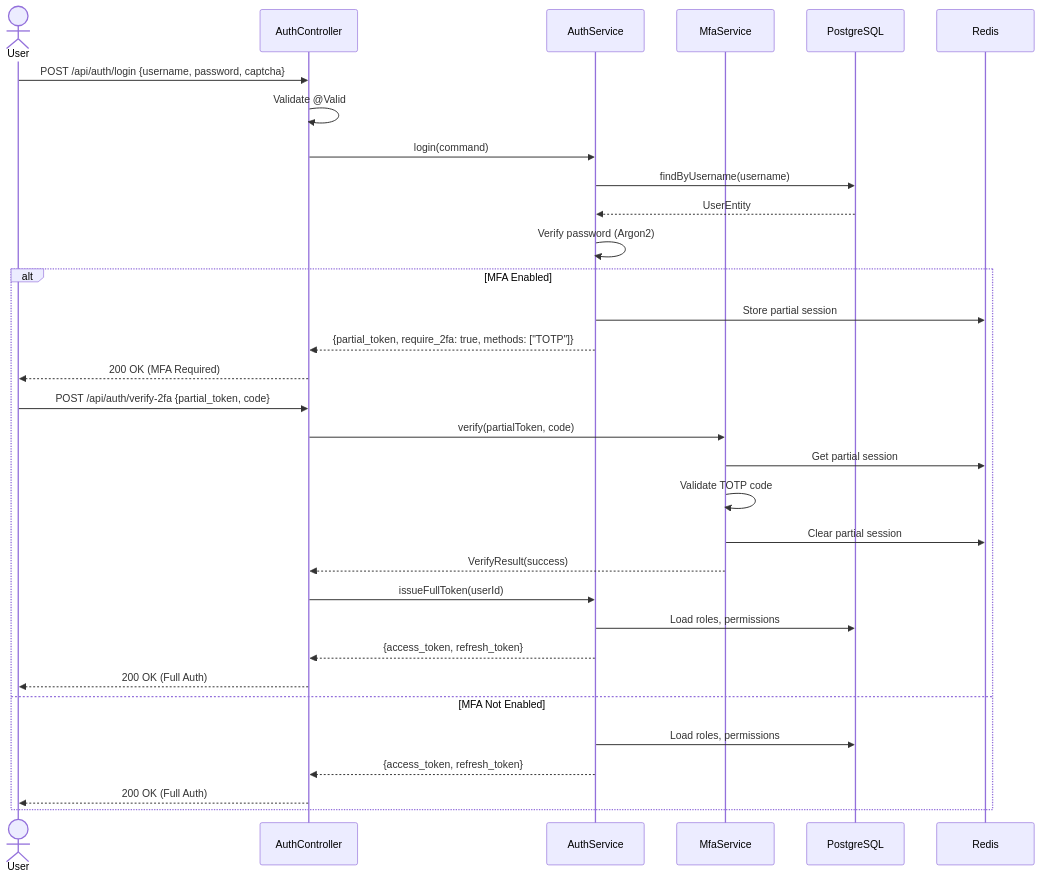
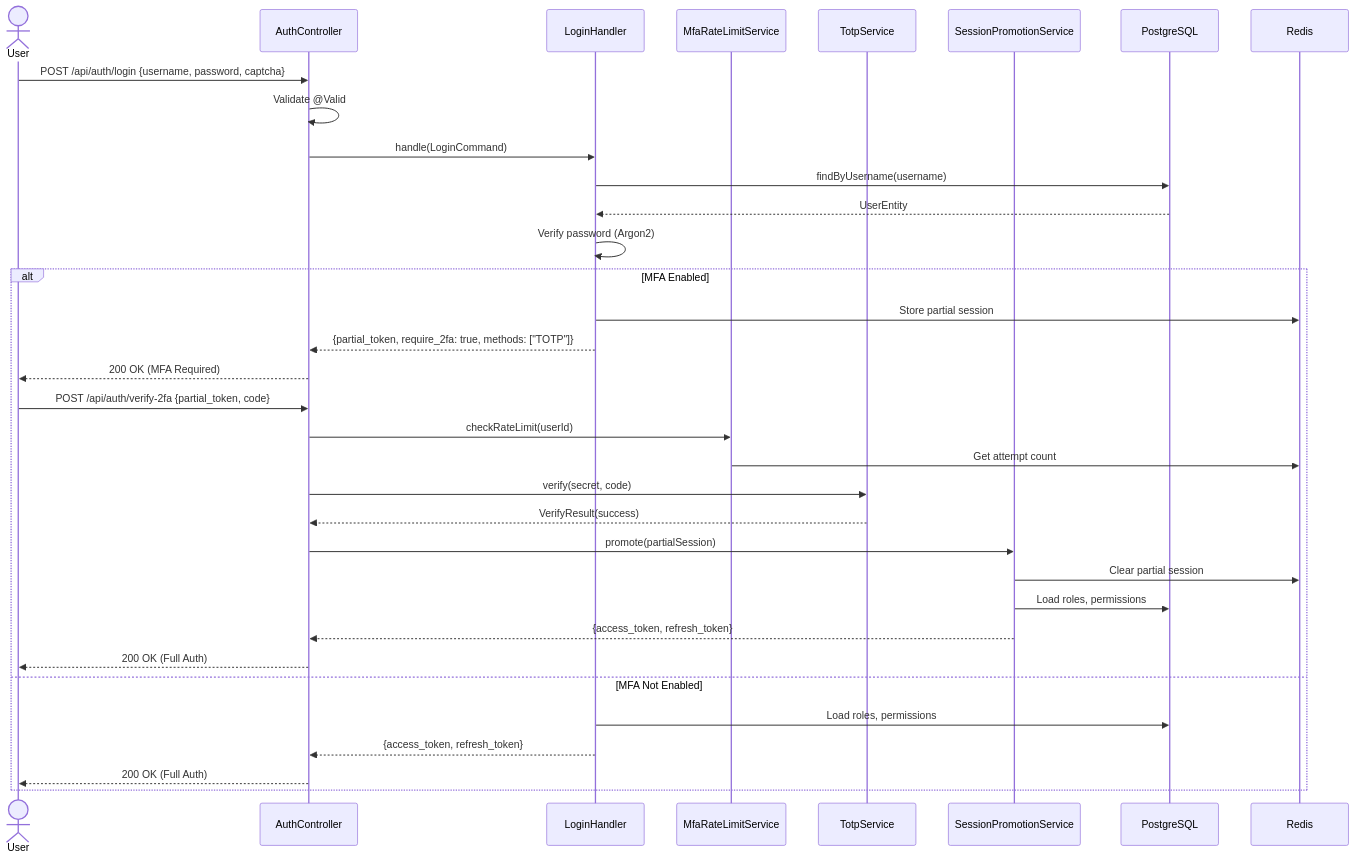
The sixth of 8 diagrams in openspec/research/erp-iam-system/technical_spec.md (nguyentthai96/auth-service), drawn with Mermaid before and after one commit. The commit also changed other lines of this file and 320 other files, not shown here.

Commit message:
feat(auth-service): update cache and session features

````diff
--- a/openspec/research/erp-iam-system/technical_spec.md
+++ b/openspec/research/erp-iam-system/technical_spec.md
@@ -530,40 +534,41 @@
 ```mermaid
 sequenceDiagram
     actor User
     participant Controller as AuthController
-    participant Service as AuthService
-    participant MFA as MfaService
+    participant LoginHandler as LoginHandler
+    participant MFA as MfaRateLimitService
+    participant TOTP as TotpService
+    participant Promotion as SessionPromotionService
     participant DB as PostgreSQL
     participant Redis as Redis
 
     User->>Controller: POST /api/auth/login {username, password, captcha}
     Controller->>Controller: Validate @Valid
-    Controller->>Service: login(command)
+    Controller->>LoginHandler: handle(LoginCommand)
 
-    Service->>DB: findByUsername(username)
-    DB-->>Service: UserEntity
+    LoginHandler->>DB: findByUsername(username)
+    DB-->>LoginHandler: UserEntity
 
-    Service->>Service: Verify password (Argon2)
+    LoginHandler->>LoginHandler: Verify password (Argon2)
 
     alt MFA Enabled
-        Service->>Redis: Store partial session
-        Service-->>Controller: {partial_token, require_2fa: true, methods: ["TOTP"]}
+        LoginHandler->>Redis: Store partial session
+        LoginHandler-->>Controller: {partial_token, require_2fa: true, methods: ["TOTP"]}
         Controller-->>User: 200 OK (MFA Required)
 
         User->>Controller: POST /api/auth/verify-2fa {partial_token, code}
-        Controller->>MFA: verify(partialToken, code)
-        MFA->>Redis: Get partial session
-        MFA->>MFA: Validate TOTP code
-        MFA->>Redis: Clear partial session
-        MFA-->>Controller: VerifyResult(success)
-
-        Controller->>Service: issueFullToken(userId)
-        Service->>DB: Load roles, permissions
-        Service-->>Controller: {access_token, refresh_token}
+        Controller->>MFA: checkRateLimit(userId)
+        MFA->>Redis: Get attempt count
+        Controller->>TOTP: verify(secret, code)
+        TOTP-->>Controller: VerifyResult(success)
+        Controller->>Promotion: promote(partialSession)
+        Promotion->>Redis: Clear partial session
+        Promotion->>DB: Load roles, permissions
+        Promotion-->>Controller: {access_token, refresh_token}
         Controller-->>User: 200 OK (Full Auth)
     else MFA Not Enabled
-        Service->>DB: Load roles, permissions
-        Service-->>Controller: {access_token, refresh_token}
+        LoginHandler->>DB: Load roles, permissions
+        LoginHandler-->>Controller: {access_token, refresh_token}
         Controller-->>User: 200 OK (Full Auth)
     end
 ```
````
